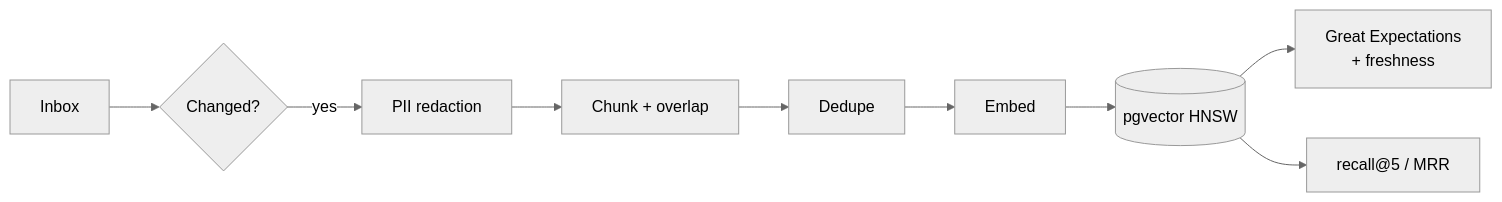
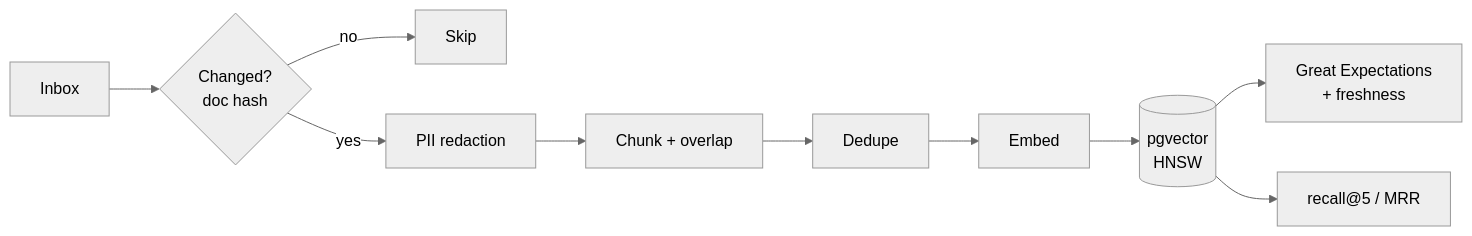
The fourth of 5 diagrams in README.md (rugweshreddygankidi-stack/rugweshreddygankidi-stack), drawn with Mermaid (neutral theme) before and after one commit. The commit also changed other lines of this file, not shown here.

````diff
--- a/README.md
+++ b/README.md
@@ -88,7 +163,8 @@
 ```mermaid
 flowchart LR
-    S[Inbox] --> R{Changed?}
-    R -->|yes| P["PII redaction"] --> C["Chunk + overlap"] --> D["Dedupe"] --> E["Embed"] --> V[("pgvector HNSW")]
+    S[Inbox] --> R{Changed?<br/>doc hash}
+    R -- no --> X[Skip]
+    R -- yes --> P["PII redaction"] --> C["Chunk + overlap"] --> D["Dedupe"] --> E["Embed"] --> V[("pgvector<br/>HNSW")]
     V --> Q["Great Expectations<br/>+ freshness"]
     V --> EV["recall@5 / MRR"]
 ```
````
